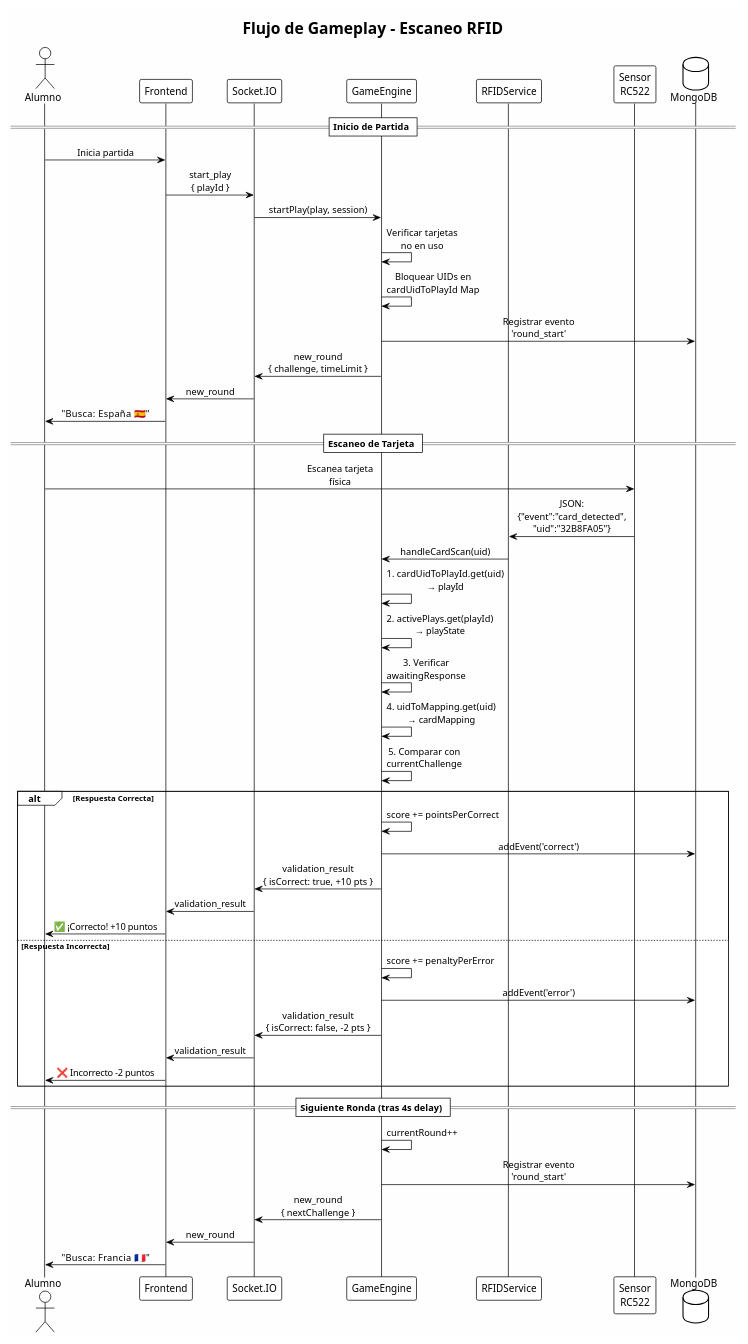
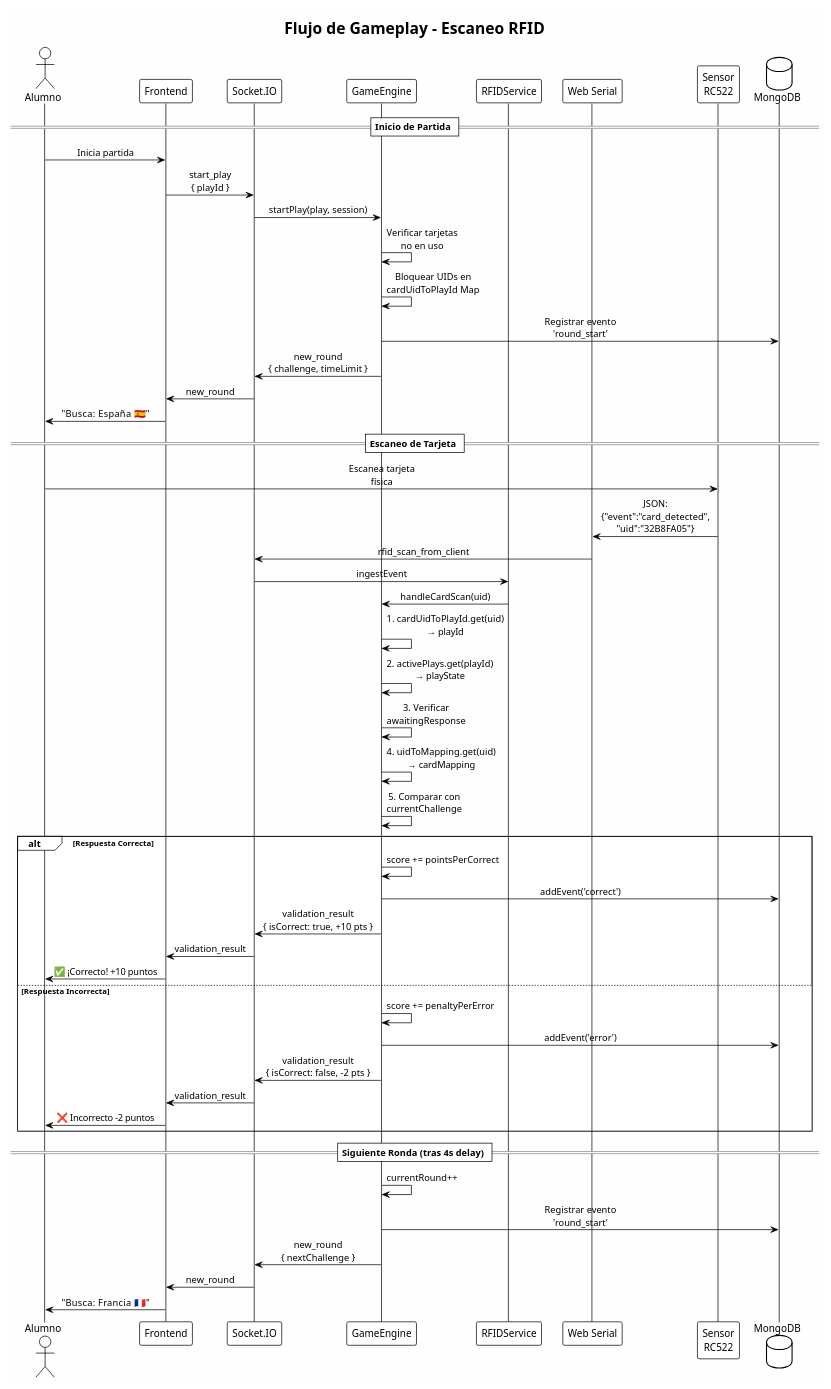
Before and after one commit to Samuel-Prog-CSec/TFG-IoT: the diagram in backend/docs/diagrams/rfid_gameplay_sequence.puml, drawn with PlantUML. The commit also changed 37 other files, not shown here.

First line of the commit message:
feat: migración de la arquitectura RFID a la API Web Serial

```diff
--- a/backend/docs/diagrams/rfid_gameplay_sequence.puml
+++ b/backend/docs/diagrams/rfid_gameplay_sequence.puml
@@ -1,72 +1,74 @@
 @startuml RFID_Gameplay_Sequence
 
 !theme plain
 skinparam backgroundColor #FEFEFE
 skinparam sequenceMessageAlign center
 
 title Flujo de Gameplay - Escaneo RFID
 
 actor Alumno as User
 participant "Frontend" as FE
 participant "Socket.IO" as Socket
 participant "GameEngine" as Engine
 participant "RFIDService" as RFID
+participant "Web Serial" as WebSerial
 participant "Sensor\nRC522" as Sensor
 database "MongoDB" as DB
 
 == Inicio de Partida ==
 
 User -> FE : Inicia partida
 FE -> Socket : start_play\n{ playId }
 Socket -> Engine : startPlay(play, session)
 
 Engine -> Engine : Verificar tarjetas\nno en uso
 
 Engine -> Engine : Bloquear UIDs en\ncardUidToPlayId Map
 
 Engine -> DB : Registrar evento\n'round_start'
 
 Engine -> Socket : new_round\n{ challenge, timeLimit }
 Socket -> FE : new_round
 FE -> User : "Busca: España 🇪🇸"
 
 == Escaneo de Tarjeta ==
 
 User -> Sensor : Escanea tarjeta\nfísica
-Sensor -> RFID : JSON:\n{"event":"card_detected",\n"uid":"32B8FA05"}
-
+Sensor -> WebSerial : JSON:\n{"event":"card_detected",\n"uid":"32B8FA05"}
+WebSerial -> Socket : rfid_scan_from_client
+Socket -> RFID : ingestEvent
 RFID -> Engine : handleCardScan(uid)
 
 Engine -> Engine : 1. cardUidToPlayId.get(uid)\n→ playId
 
 Engine -> Engine : 2. activePlays.get(playId)\n→ playState
 
 Engine -> Engine : 3. Verificar\nawaitingResponse
 
 Engine -> Engine : 4. uidToMapping.get(uid)\n→ cardMapping
 
 Engine -> Engine : 5. Comparar con\ncurrentChallenge
 
 alt Respuesta Correcta
     Engine -> Engine : score += pointsPerCorrect
     Engine -> DB : addEvent('correct')
     Engine -> Socket : validation_result\n{ isCorrect: true, +10 pts }
     Socket -> FE : validation_result
     FE -> User : ✅ ¡Correcto! +10 puntos
 else Respuesta Incorrecta
     Engine -> Engine : score += penaltyPerError
     Engine -> DB : addEvent('error')
     Engine -> Socket : validation_result\n{ isCorrect: false, -2 pts }
     Socket -> FE : validation_result
     FE -> User : ❌ Incorrecto -2 puntos
 end
 
 == Siguiente Ronda (tras 4s delay) ==
 
 Engine -> Engine : currentRound++
 Engine -> DB : Registrar evento\n'round_start'
 Engine -> Socket : new_round\n{ nextChallenge }
 Socket -> FE : new_round
 FE -> User : "Busca: Francia 🇫🇷"
 
 @enduml
```
